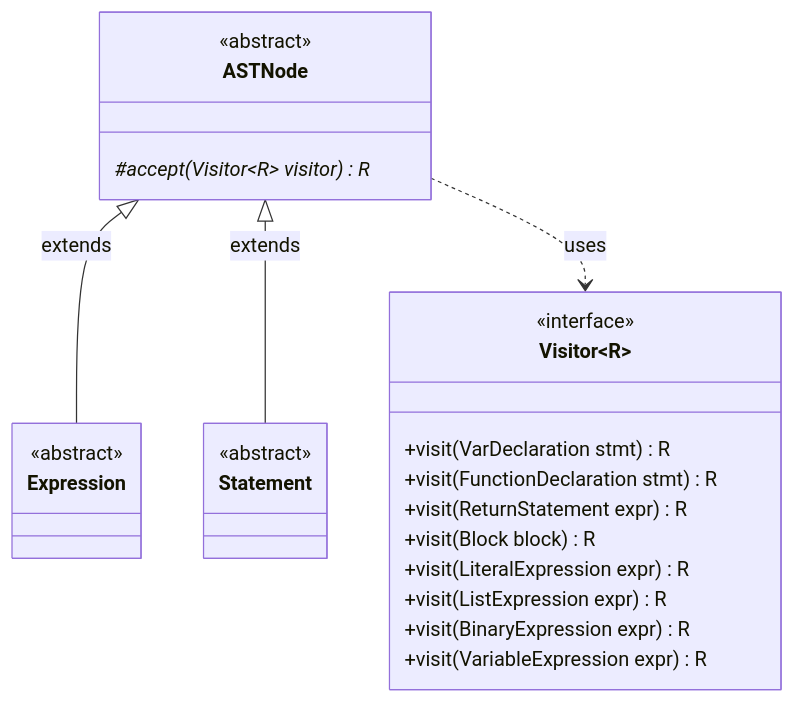
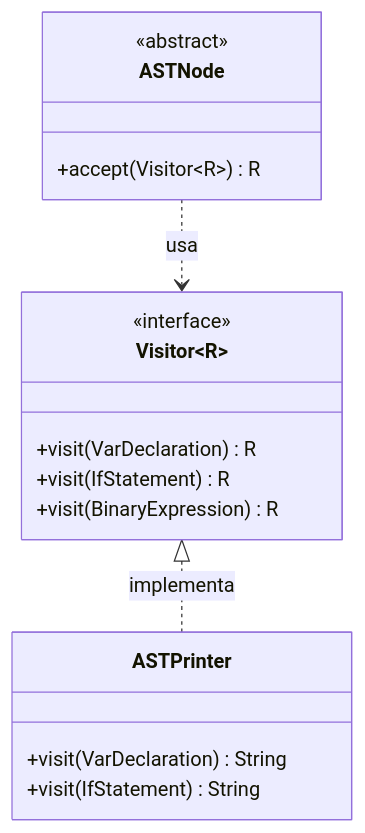
The first of 2 diagrams in quetzal-stsc4j-parser/README.md (alexandevcwa/quetzal-stsc4j), drawn with Mermaid before and after one commit. The commit also changed other lines of this file, not shown here.

````diff
--- a/quetzal-stsc4j-parser/README.md
+++ b/quetzal-stsc4j-parser/README.md
@@ -92,31 +71,22 @@
 ```mermaid
 classDiagram
+    class Visitor~R~ {
+        <<interface>>
+        +visit(VarDeclaration) R
+        +visit(IfStatement) R
+        +visit(BinaryExpression) R
+    }
+    
+    class ASTPrinter {
+        +visit(VarDeclaration) String
+        +visit(IfStatement) String
+    }
+    
     class ASTNode {
         <<abstract>>
-        #accept(Visitor~R~ visitor)* R
+        +accept(Visitor~R~) R
     }
     
-    class Expression {
-        <<abstract>>
-    }
-    
-    class Statement {
-        <<abstract>>
-    }
-    
-    class Visitor~R~ {
-        <<interface>>
-        +visit(VarDeclaration stmt) R
-        +visit(FunctionDeclaration stmt) R
-        +visit(ReturnStatement expr) R
-        +visit(Block block) R
-        +visit(LiteralExpression expr) R
-        +visit(ListExpression expr) R
-        +visit(BinaryExpression expr) R
-        +visit(VariableExpression expr) R
-    }
-    
-    ASTNode <|-- Expression : extends
-    ASTNode <|-- Statement : extends
-    ASTNode ..> Visitor : uses
+    Visitor <|.. ASTPrinter : implementa
+    ASTNode ..> Visitor : usa
 ```
````
